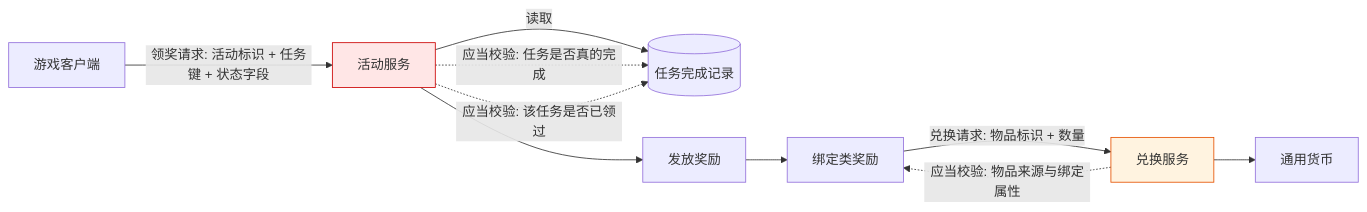
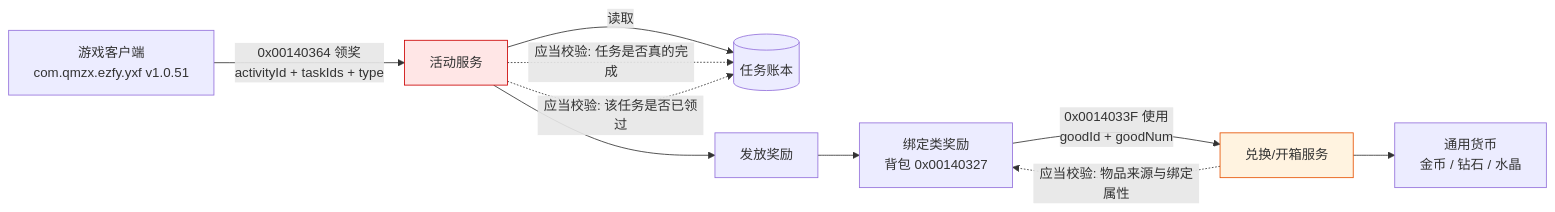
The diagram in README.md (just-lum/ww2-activity-security-study), drawn with Mermaid before and after one commit. The commit also changed other lines of this file and 1 other file, not shown here.

````diff
--- a/README.md
+++ b/README.md
@@ -56,15 +82,15 @@
 ```mermaid
 flowchart LR
-    A[游戏客户端] -->|"领奖请求: 活动标识 + 任务键 + 状态字段"| B[活动服务]
-    B -->|读取| C[(任务完成记录)]
+    A[游戏客户端<br/>com.qmzx.ezfy.yxf v1.0.51] -->|"0x00140364 领奖<br/>activityId + taskIds + type"| B[活动服务]
+    B -->|读取| C[(任务账本)]
     B --> D[发放奖励]
-    D --> E[绑定类奖励]
-    E -->|"兑换请求: 物品标识 + 数量"| F[兑换服务]
-    F --> G[通用货币]
+    D --> E[绑定类奖励<br/>背包 0x00140327]
+    E -->|"0x0014033F 使用<br/>goodId + goodNum"| F[兑换/开箱服务]
+    F --> G[通用货币<br/>金币 / 钻石 / 水晶]
 
     B -.->|"应当校验: 任务是否真的完成"| C
     B -.->|"应当校验: 该任务是否已领过"| C
     F -.->|"应当校验: 物品来源与绑定属性"| E
     style B fill:#ffe6e6,stroke:#cc0000
     style F fill:#fff3e0,stroke:#e65100
 ```
````
